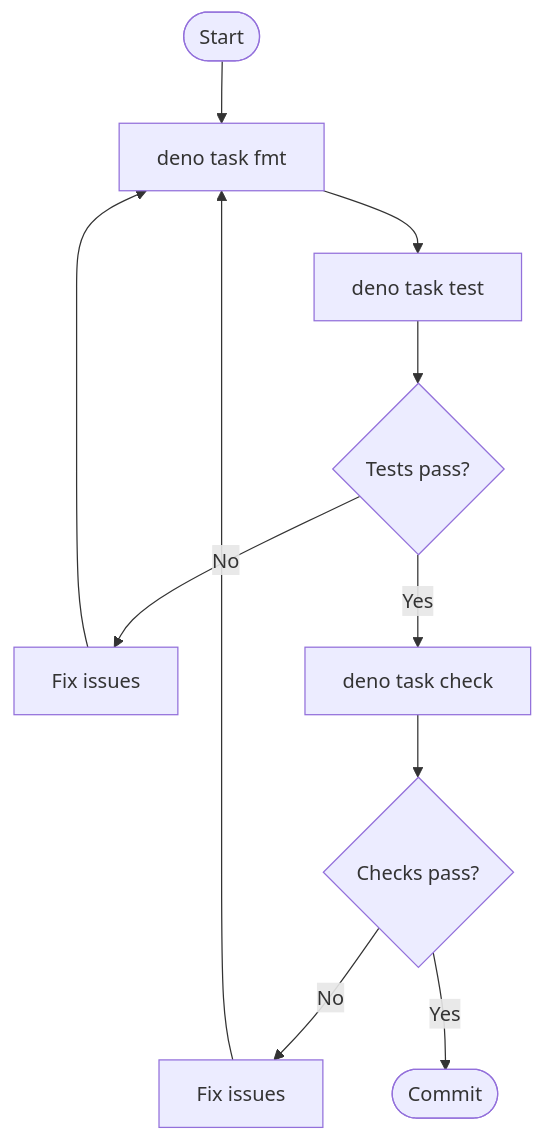
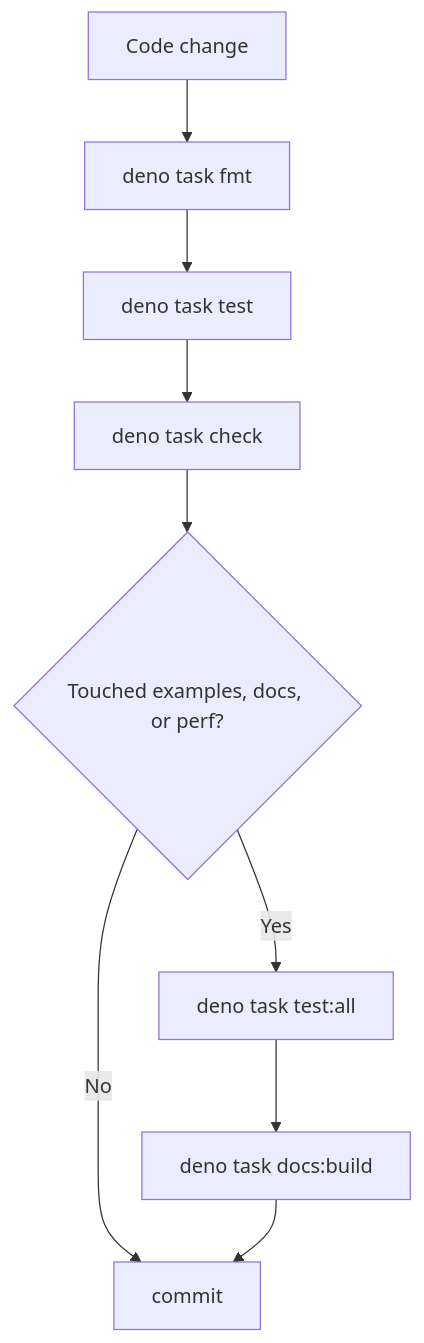
One commit to ikuradon/tsunagiya changed the diagram in docs/en/guide/contributing.md. Above: the diagram before and after it, drawn with Mermaid. The commit also changed other lines of this file and 84 other files, not shown here.

````diff
--- a/docs/en/guide/contributing.md
+++ b/docs/en/guide/contributing.md
@@ -89,13 +84,11 @@
 ```mermaid
 flowchart TD
-    A([Start]) --> B[deno task fmt]
+    A[Code change] --> B[deno task fmt]
     B --> C[deno task test]
-    C --> D{Tests pass?}
-    D -- No --> E[Fix issues]
-    E --> B
-    D -- Yes --> F[deno task check]
-    F --> G{Checks pass?}
-    G -- No --> H[Fix issues]
-    H --> B
-    G -- Yes --> I([Commit])
+    C --> D[deno task check]
+    D --> E{Touched examples, docs, or perf?}
+    E -- Yes --> F[deno task test:all]
+    F --> G[deno task docs:build]
+    E -- No --> H[commit]
+    G --> H[commit]
 ```
````
